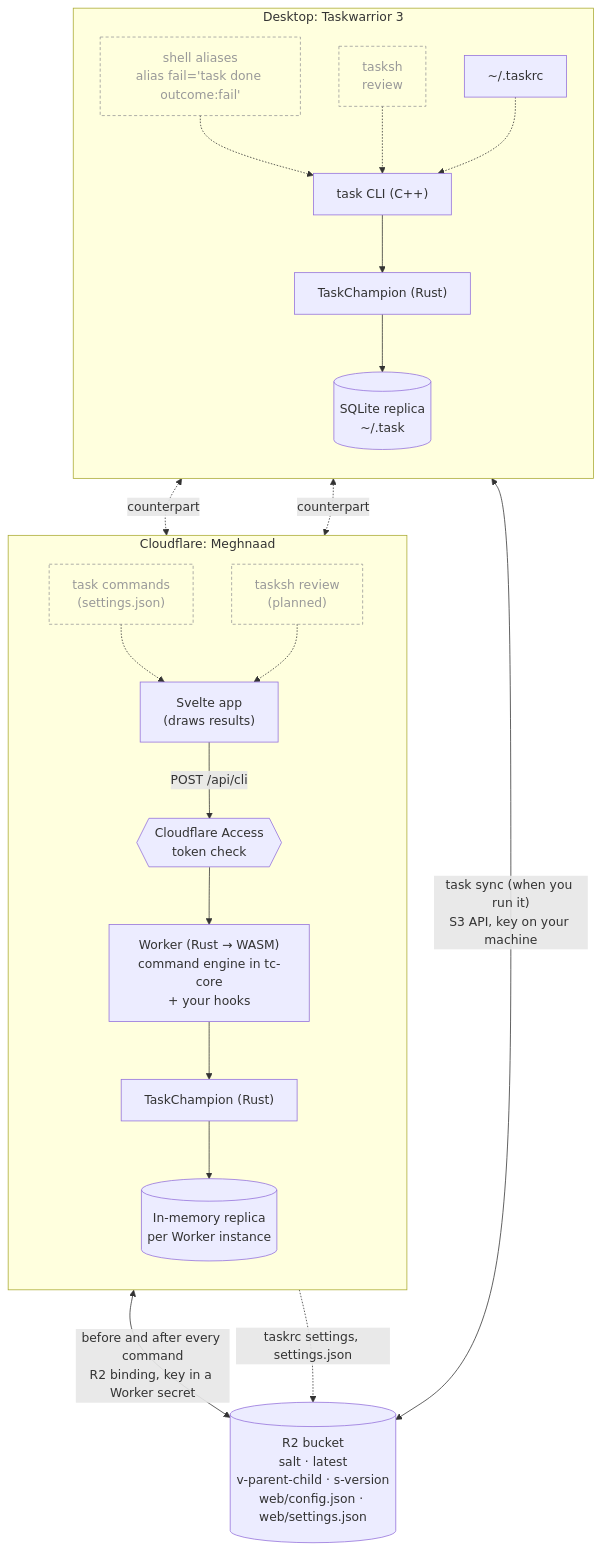
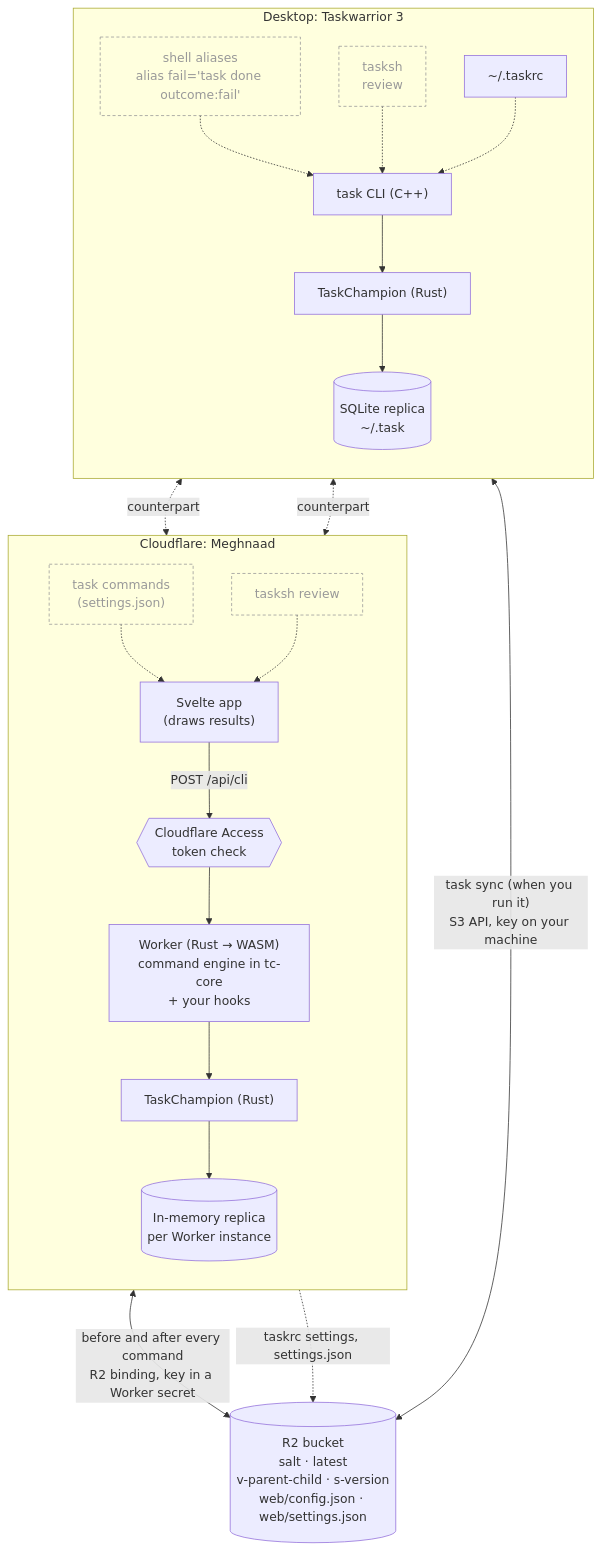
The diagram in README.md (uroybd/Meghnaad), drawn with Mermaid before and after one commit. The commit also changed other lines of this file and 4 other files, not shown here.

First line of the commit message:
doc: tasksh review in the guide, the architecture, the README and the screenshots

````diff
--- a/README.md
+++ b/README.md
@@ -95,42 +105,42 @@
 ```mermaid
 flowchart TB
   subgraph desktop["Desktop: Taskwarrior 3"]
     direction TB
     sh["shell aliases<br/>alias fail='task done outcome:fail'"]
     tsh["tasksh<br/>review"]
     cli["task CLI (C++)"]
     tcd["TaskChampion (Rust)"]
     db[("SQLite replica<br/>~/.task")]
     rc["~/.taskrc"]
     sh -.-> cli
     tsh -.-> cli
     cli --> tcd --> db
     rc -.-> cli
   end
 
   subgraph web["Cloudflare: Meghnaad"]
     direction TB
     cmds["task commands<br/>(settings.json)"]
-    rev["tasksh review<br/>(planned)"]
+    rev["tasksh review"]
     spa["Svelte app<br/>(draws results)"]
     access{{"Cloudflare Access<br/>token check"}}
     wk["Worker (Rust → WASM)<br/>command engine in tc-core<br/>+ your hooks"]
     tcw["TaskChampion (Rust)"]
     mem[("In-memory replica<br/>per Worker instance")]
     cmds -.-> spa
     rev -.-> spa
     spa -- "POST /api/cli" --> access --> wk --> tcw --> mem
   end
 
   bucket[("R2 bucket<br/>salt · latest<br/>v-parent-child · s-version<br/>web/config.json · web/settings.json")]
 
   tcd <-- "task sync (when you run it)<br/>S3 API, key on your machine" --> bucket
   tcw <-- "before and after every command<br/>R2 binding, key in a Worker secret" --> bucket
   wk -. "taskrc settings, settings.json" .-> bucket
 
   sh <-. "counterpart" .-> cmds
   tsh <-. "counterpart" .-> rev
 
   classDef ext fill:transparent,stroke:#999,color:#999,stroke-dasharray:4 3
   class sh,tsh,cmds,rev ext
 ```
````
